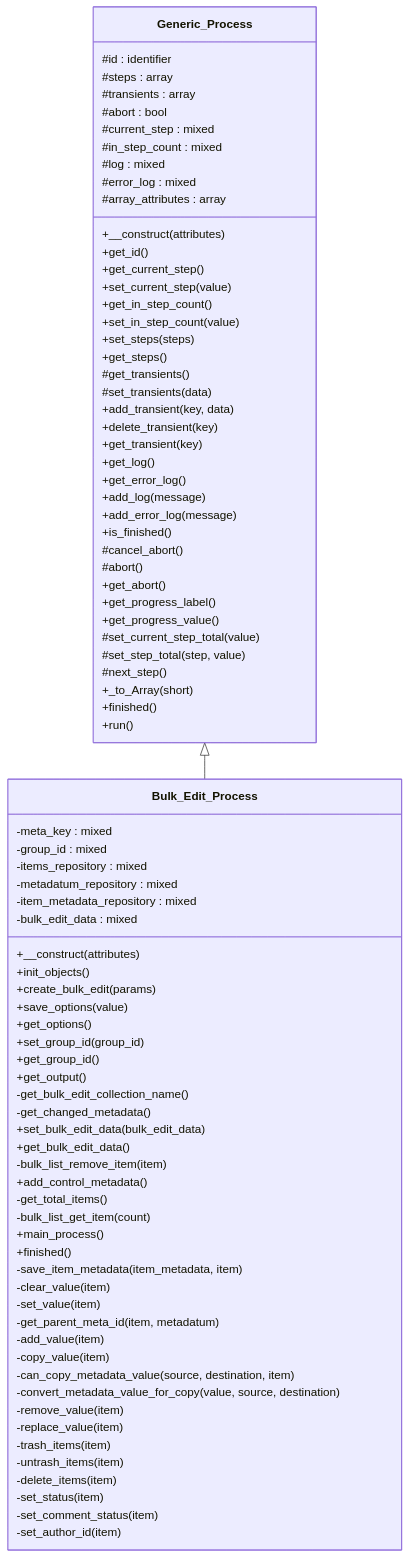
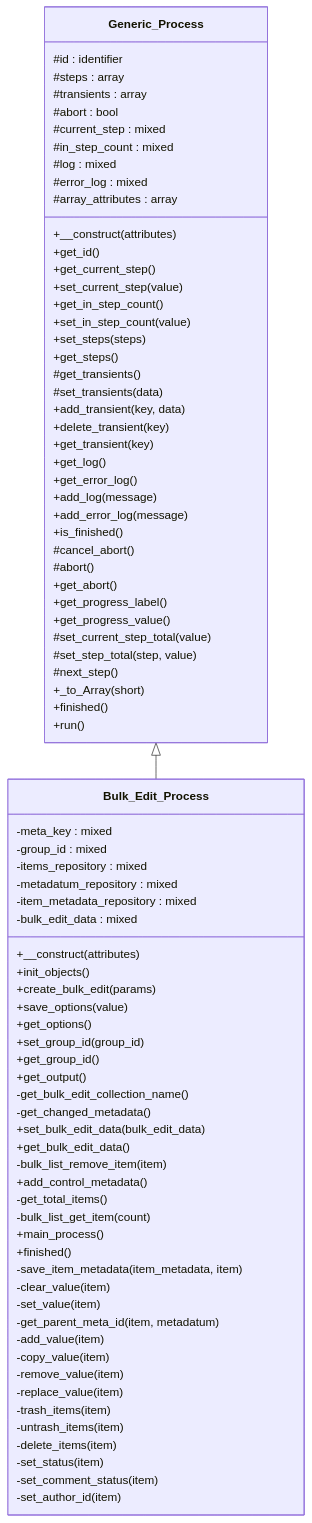
The diagram in docs/phpdoc/classes/Tainacan/GenericProcess/Bulk_Edit_Process.md (tainacan/tainacan), drawn with Mermaid before and after one commit. The commit also changed other lines of this file and 5 other files, not shown here.

```diff
--- a/docs/phpdoc/classes/Tainacan/GenericProcess/Bulk_Edit_Process.md
+++ b/docs/phpdoc/classes/Tainacan/GenericProcess/Bulk_Edit_Process.md
@@ -41,8 +41,6 @@
         -get_parent_meta_id(item, metadatum)
         -add_value(item)
         -copy_value(item)
-        -can_copy_metadata_value(source, destination, item)
-        -convert_metadata_value_for_copy(value, source, destination)
         -remove_value(item)
         -replace_value(item)
         -trash_items(item)
```
